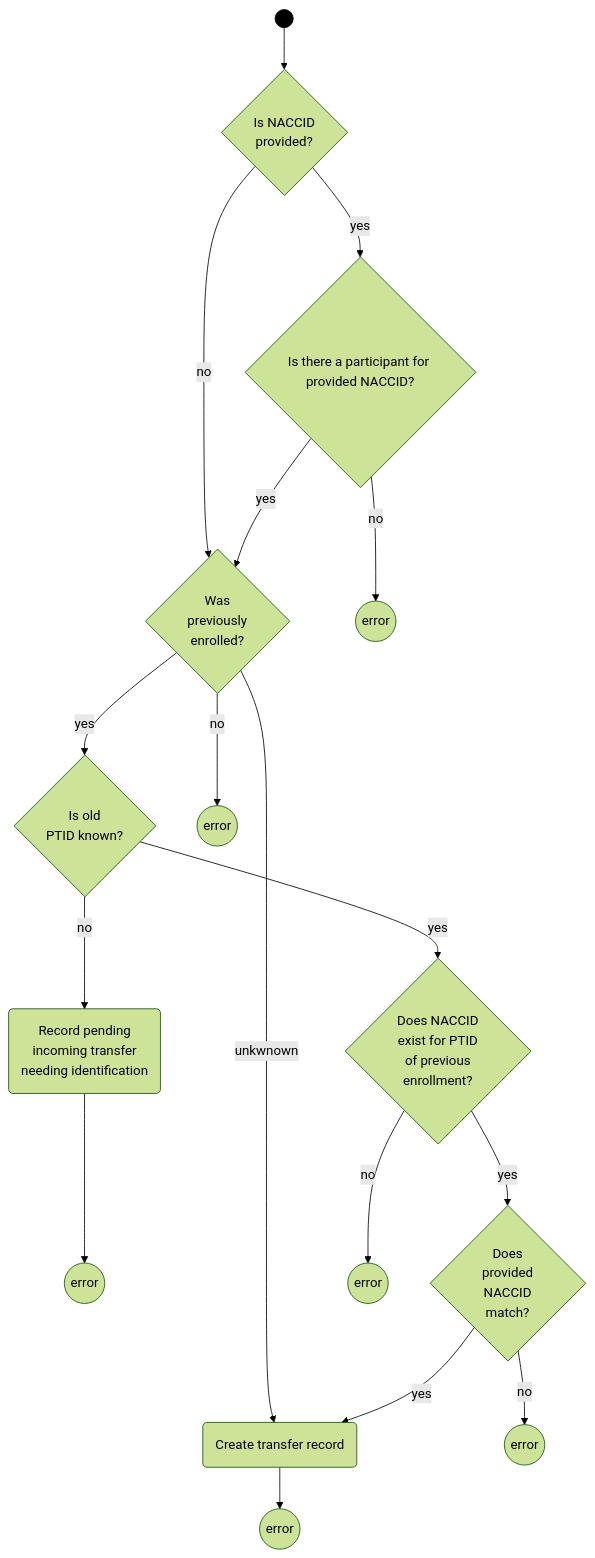
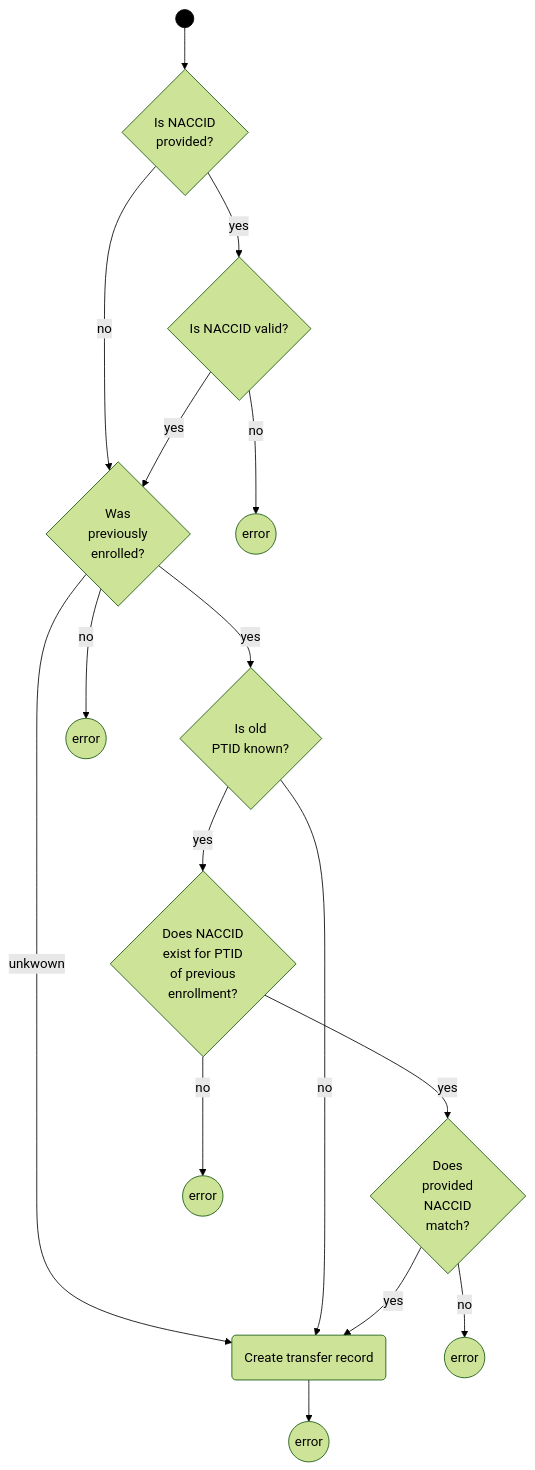
One commit to naccdata/nacc-flywheel changed the fourth of 4 diagrams in docs/identifier_provisioning/index.md. Above: the diagram before and after it, drawn with Mermaid (forest theme).

Commit message:
Tweak transfer diagram in provisioning document

````diff
--- a/docs/identifier_provisioning/index.md
+++ b/docs/identifier_provisioning/index.md
@@ -78,20 +78,23 @@
 ```mermaid
 graph TB
-    start((*)) --> naccidprovided{Is NACCID\n provided?}
-    naccidprovided -- yes --> hasparticipant{Is there a participant for provided NACCID?}
+    start((*)) --> 
+    
+    
+    naccidprovided{Is NACCID\n provided?}
+    naccidprovided -- yes --> hasparticipant{Is NACCID valid?}
     naccidprovided -- no --> prevenrolled{Was\n previously\n enrolled?}
     hasparticipant -- yes --> prevenrolled
     hasparticipant -- no --> noparticipant((error))
 
     prevenrolled -- yes --> oldptidknown{Is old\n PTID known?}
     prevenrolled -- no --> whattransfer((error))
-    prevenrolled -- unkwnown --> recordtransfer(Create transfer record) --> pendingerror((error))
+    prevenrolled -- unkwown --> recordtransfer(Create transfer record) --> pendingerror((error))
 
     oldptidknown -- yes --> naccidforoldptid{Does NACCID\n exist for PTID\n of previous\n enrollment?}
-    oldptidknown -- no --> identifytransfer(Record pending\n incoming transfer\n needing identification) --> identifyerror((error))
+    oldptidknown -- no --> recordtransfer
     naccidforoldptid -- yes --> existingnaccid{Does\n provided\n NACCID\n match?}
     naccidforoldptid -- no --> nonaccid((error))
     existingnaccid -- yes --> recordtransfer
     existingnaccid -- no --> mismatch((error))
 style start fill:#000, stroke:#000
 ```
````
